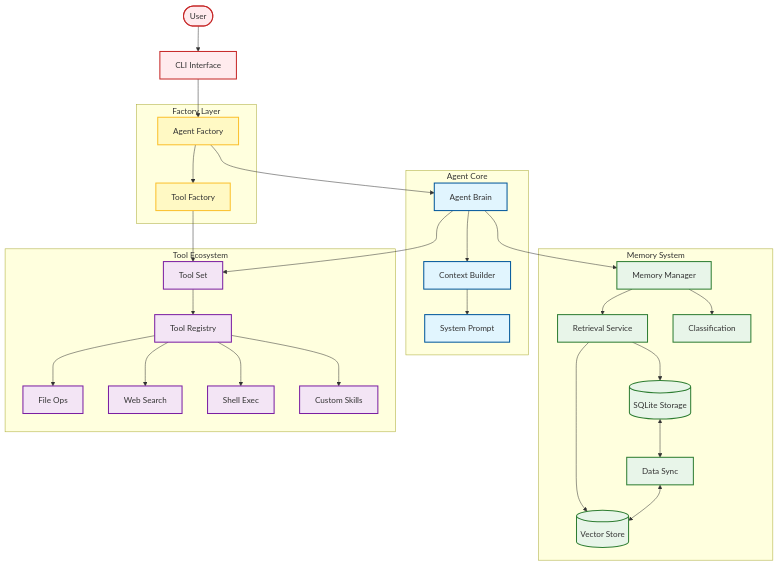
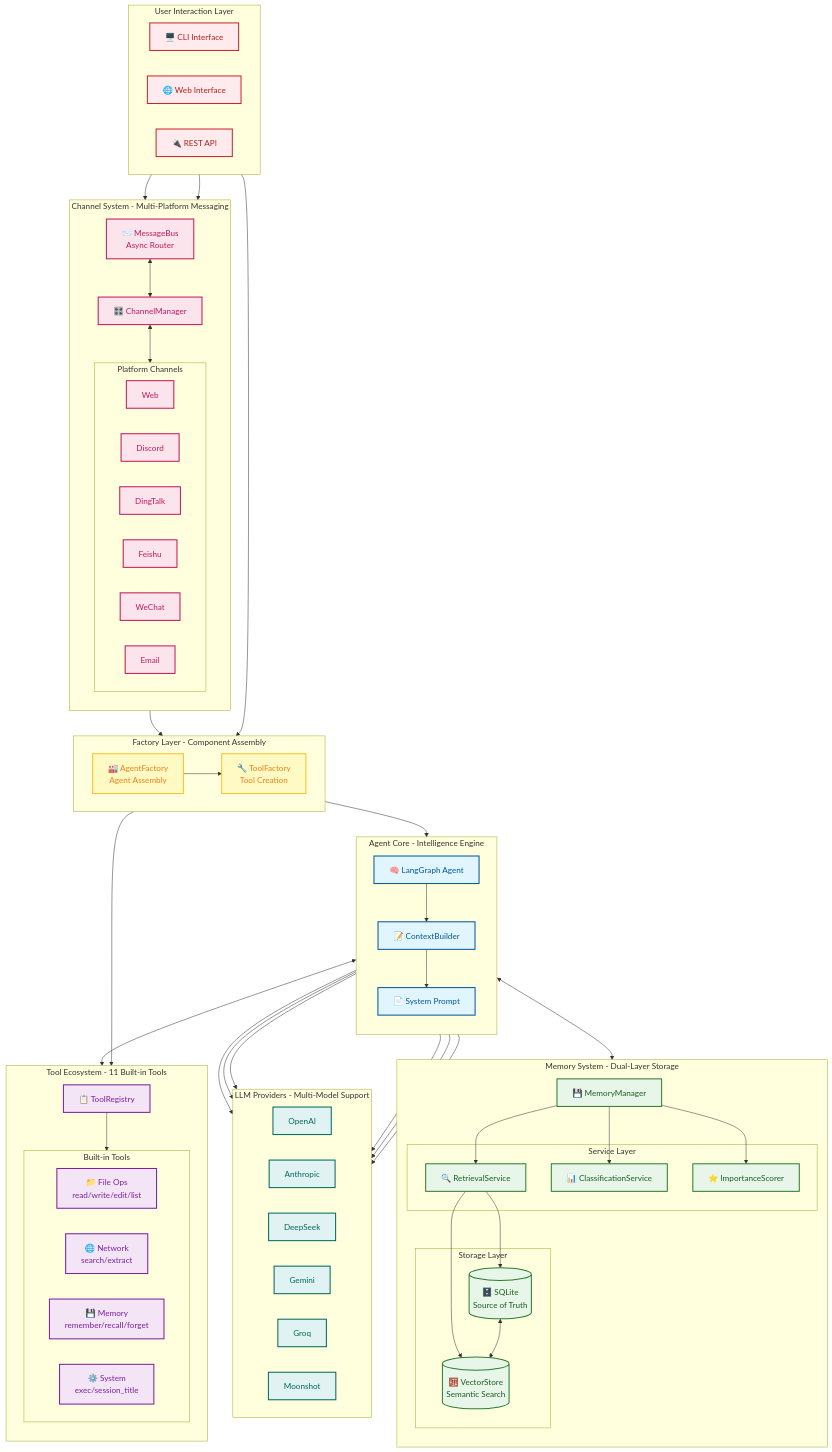
One commit to xt765/FinchBot changed the second of 8 diagrams in README.md. Above: the diagram before and after it, drawn with Mermaid. The commit also changed other lines of this file and 17 other files, not shown here.

First line of the commit message:
docs: 全面更新所有文档，美化 Mermaid 图表

````diff
--- a/README.md
+++ b/README.md
@@ -110,69 +144,125 @@
 ```mermaid
 graph TD
-    %% 样式定义
-    classDef core fill:#e1f5fe,stroke:#01579b,stroke-width:2px;
-    classDef factory fill:#fff9c4,stroke:#fbc02d,stroke-width:2px;
-    classDef memory fill:#e8f5e9,stroke:#2e7d32,stroke-width:2px;
-    classDef tools fill:#f3e5f5,stroke:#7b1fa2,stroke-width:2px;
-    classDef user fill:#ffebee,stroke:#c62828,stroke-width:2px;
+    %% Style Definitions
+    classDef userLayer fill:#ffebee,stroke:#c62828,stroke-width:2px,color:#b71c1c;
+    classDef factoryLayer fill:#fff9c4,stroke:#fbc02d,stroke-width:2px,color:#f57f17;
+    classDef coreLayer fill:#e1f5fe,stroke:#01579b,stroke-width:2px,color:#01579b;
+    classDef memoryLayer fill:#e8f5e9,stroke:#2e7d32,stroke-width:2px,color:#1b5e20;
+    classDef toolLayer fill:#f3e5f5,stroke:#7b1fa2,stroke-width:2px,color:#7b1fa2;
+    classDef channelLayer fill:#fce4ec,stroke:#c2185b,stroke-width:2px,color:#c2185b;
+    classDef infraLayer fill:#e0f2f1,stroke:#00695c,stroke-width:2px,color:#00695c;
 
-    %% 用户交互层
-    User([User]) --> CLI[CLI Interface]
-    class User user
-    class CLI user
+    %% User Interaction Layer
+    subgraph UserLayer [User Interaction Layer]
+        direction LR
+        CLI[🖥️ CLI Interface]
+        WebUI[🌐 Web Interface]
+        API[🔌 REST API]
+    end
+    class CLI,WebUI,API userLayer
 
-    %% 工厂层
-    subgraph Factory_Layer [Factory Layer]
-        AgentFactory[Agent Factory]
-        ToolFactory[Tool Factory]
+    %% Channel System
+    subgraph ChannelSystem [Channel System - Multi-Platform Messaging]
+        direction TB
+        Bus[📨 MessageBus<br/>Async Router]
+        CM[🎛️ ChannelManager]
+      
+        Bus <--> CM
+      
+        subgraph Channels [Platform Channels]
+            WebCh[Web]
+            DiscordCh[Discord]
+            DingTalkCh[DingTalk]
+            FeishuCh[Feishu]
+            WeChatCh[WeChat]
+            EmailCh[Email]
+        end
+      
+        CM <--> Channels
     end
-    class AgentFactory,ToolFactory factory
+    class Bus,CM channelLayer
+    class WebCh,DiscordCh,DingTalkCh,FeishuCh,WeChatCh,EmailCh channelLayer
 
-    CLI --> AgentFactory
-    AgentFactory --> Agent
-    AgentFactory --> ToolFactory
-    ToolFactory --> ToolSet
+    %% Factory Layer
+    subgraph FactoryLayer [Factory Layer - Component Assembly]
+        direction LR
+        AF[🏭 AgentFactory<br/>Agent Assembly]
+        TF[🔧 ToolFactory<br/>Tool Creation]
+    end
+    class AF,TF factoryLayer
 
-    %% 核心层
-    subgraph Agent_Core [Agent Core]
-        Agent[Agent Brain]
-        ContextBuilder[Context Builder]
-        SystemPrompt[System Prompt]
-        
-        Agent --> ContextBuilder
-        ContextBuilder --> SystemPrompt
+    %% Agent Core
+    subgraph AgentCore [Agent Core - Intelligence Engine]
+        direction TB
+        Agent[🧠 LangGraph Agent]
+        CB[📝 ContextBuilder]
+        SP[📄 System Prompt]
+      
+        Agent --> CB
+        CB --> SP
     end
-    class Agent,ContextBuilder,SystemPrompt core
+    class Agent,CB,SP coreLayer
 
-    %% 记忆系统
-    subgraph Memory_System [Memory System]
-        MemoryMgr[Memory Manager]
-        SQLite[(SQLite Storage)]
-        Vector[(Vector Store)]
-        Sync[Data Sync]
-        
-        MemoryMgr --> Retrieval[Retrieval Service]
-        MemoryMgr --> Classification[Classification]
-        Retrieval --> SQLite
-        Retrieval --> Vector
-        SQLite <--> Sync <--> Vector
+    %% Memory System
+    subgraph MemorySystem [Memory System - Dual-Layer Storage]
+        direction TB
+        MM[💾 MemoryManager]
+      
+        subgraph Services [Service Layer]
+            RS[🔍 RetrievalService]
+            CS[📊 ClassificationService]
+            IS[⭐ ImportanceScorer]
+        end
+      
+        subgraph Storage [Storage Layer]
+            SQLite[(🗄️ SQLite<br/>Source of Truth)]
+            Vector[(🧮 VectorStore<br/>Semantic Search)]
+        end
+      
+        MM --> RS & CS & IS
+        RS --> SQLite & Vector
+        SQLite <--> Vector
     end
-    class MemoryMgr,SQLite,Vector,Sync,Retrieval,Classification memory
+    class MM,RS,CS,IS,SQLite,Vector memoryLayer
 
-    Agent --> MemoryMgr
+    %% Tool Ecosystem
+    subgraph ToolEcosystem [Tool Ecosystem - 11 Built-in Tools]
+        direction TB
+        TR[📋 ToolRegistry]
+      
+        subgraph BuiltInTools [Built-in Tools]
+            FileTools[📁 File Ops<br/>read/write/edit/list]
+            WebTools[🌐 Network<br/>search/extract]
+            MemTools[💾 Memory<br/>remember/recall/forget]
+            SysTools[⚙️ System<br/>exec/session_title]
+        end
+      
+        TR --> BuiltInTools
+    end
+    class TR,FileTools,WebTools,MemTools,SysTools toolLayer
 
-    %% 工具系统
-    subgraph Tool_Ecosystem [Tool Ecosystem]
-        ToolSet[Tool Set]
-        ToolRegistry[Tool Registry]
-        
-        ToolSet --> ToolRegistry
-        ToolRegistry --> File[File Ops]
-        ToolRegistry --> Web[Web Search]
-        ToolRegistry --> Shell[Shell Exec]
-        ToolRegistry --> Custom[Custom Skills]
+    %% LLM Providers
+    subgraph LLMProviders [LLM Providers - Multi-Model Support]
+        direction LR
+        OpenAI[OpenAI]
+        Anthropic[Anthropic]
+        DeepSeek[DeepSeek]
+        Gemini[Gemini]
+        Groq[Groq]
+        Moonshot[Moonshot]
     end
-    class ToolSet,ToolRegistry,File,Web,Shell,Custom tools
+    class OpenAI,Anthropic,DeepSeek,Gemini,Groq,Moonshot infraLayer
 
-    Agent --> ToolSet
+    %% Connections
+    CLI & WebUI --> Bus
+    API --> AF
+  
+    Bus --> AF
+    AF --> Agent
+    AF --> TF
+    TF --> TR
+  
+    Agent <--> MM
+    Agent <--> TR
+    Agent --> OpenAI & Anthropic & DeepSeek & Gemini & Groq & Moonshot
 ```
````
